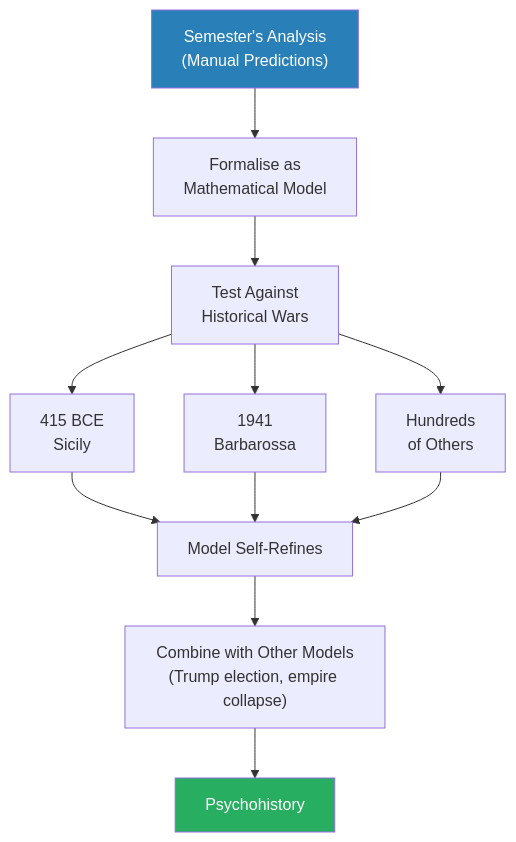
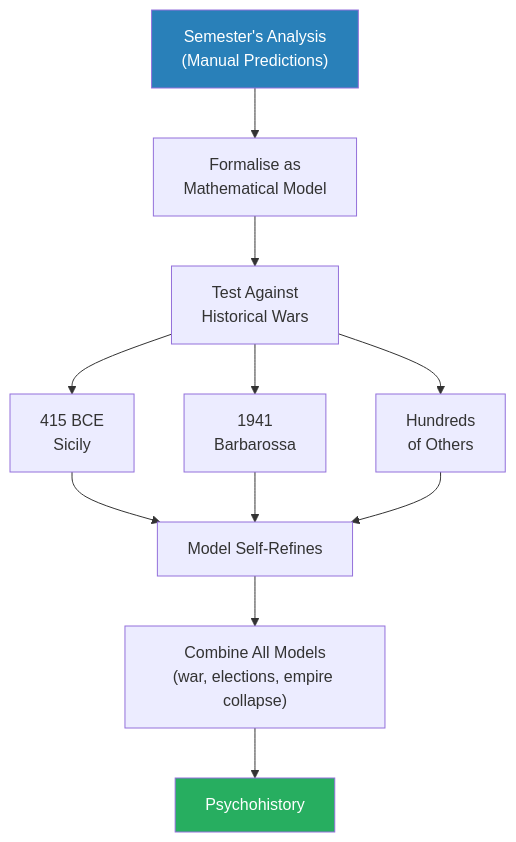
Before and after one commit to alius33/reader: the sixth of 11 diagrams in summaries/Lectures/Geo-Strategy/12 - Psychohistory.md, drawn with Mermaid. The commit also changed other lines of this file and 26 other files, not shown here.

````diff
--- a/summaries/Lectures/Geo-Strategy/12 - Psychohistory.md
+++ b/summaries/Lectures/Geo-Strategy/12 - Psychohistory.md
@@ -315,16 +288,15 @@
 ```mermaid
 flowchart TB
-    A["Semester's Analysis<br/>(Manual Predictions)"]
-    A --> B["Formalise as<br/>Mathematical Model"]
+    A["Semester's Analysis<br/>(Manual Predictions)"] --> B["Formalise as<br/>Mathematical Model"]
     B --> C["Test Against<br/>Historical Wars"]
     C --> D["415 BCE<br/>Sicily"]
     C --> E["1941<br/>Barbarossa"]
     C --> F["Hundreds<br/>of Others"]
     D --> G["Model Self-Refines"]
     E --> G
     F --> G
-    G --> H["Combine with Other Models<br/>(Trump election, empire collapse)"]
+    G --> H["Combine All Models<br/>(war, elections, empire collapse)"]
     H --> I["Psychohistory"]
     style A fill:#2980b9,color:#fff
     style I fill:#27ae60,color:#fff
 ```
````
